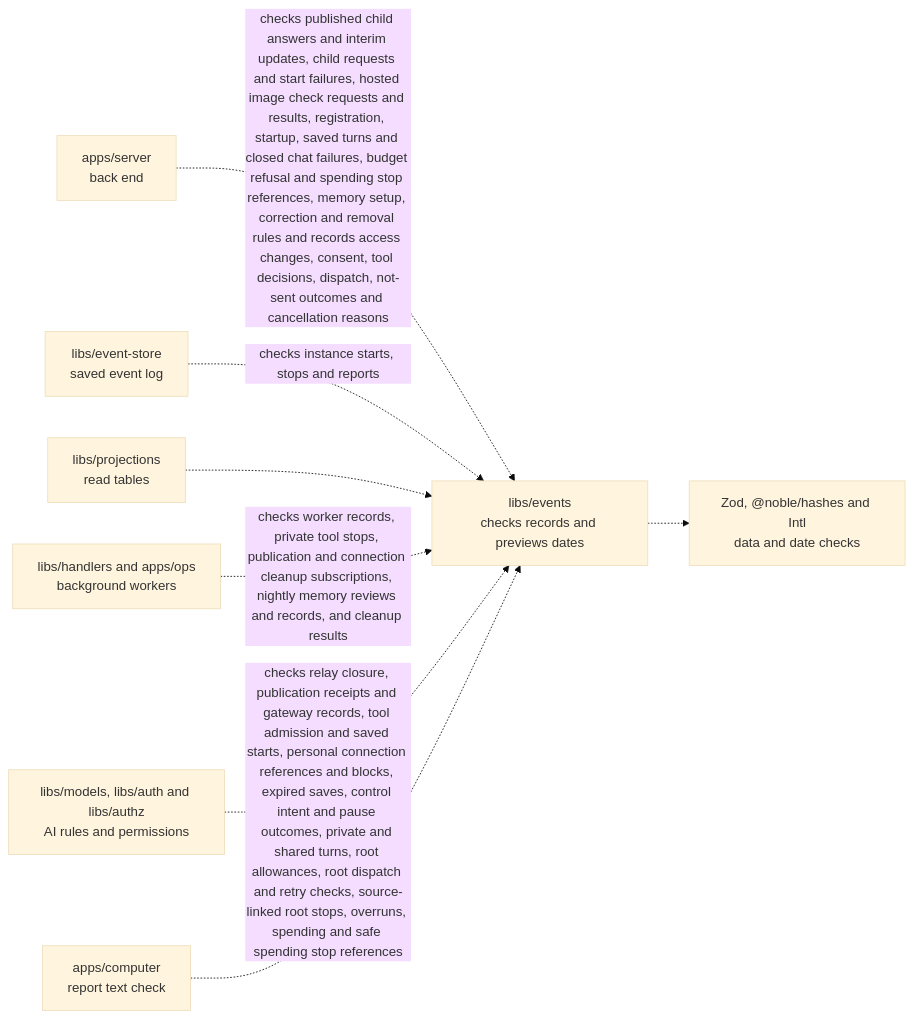
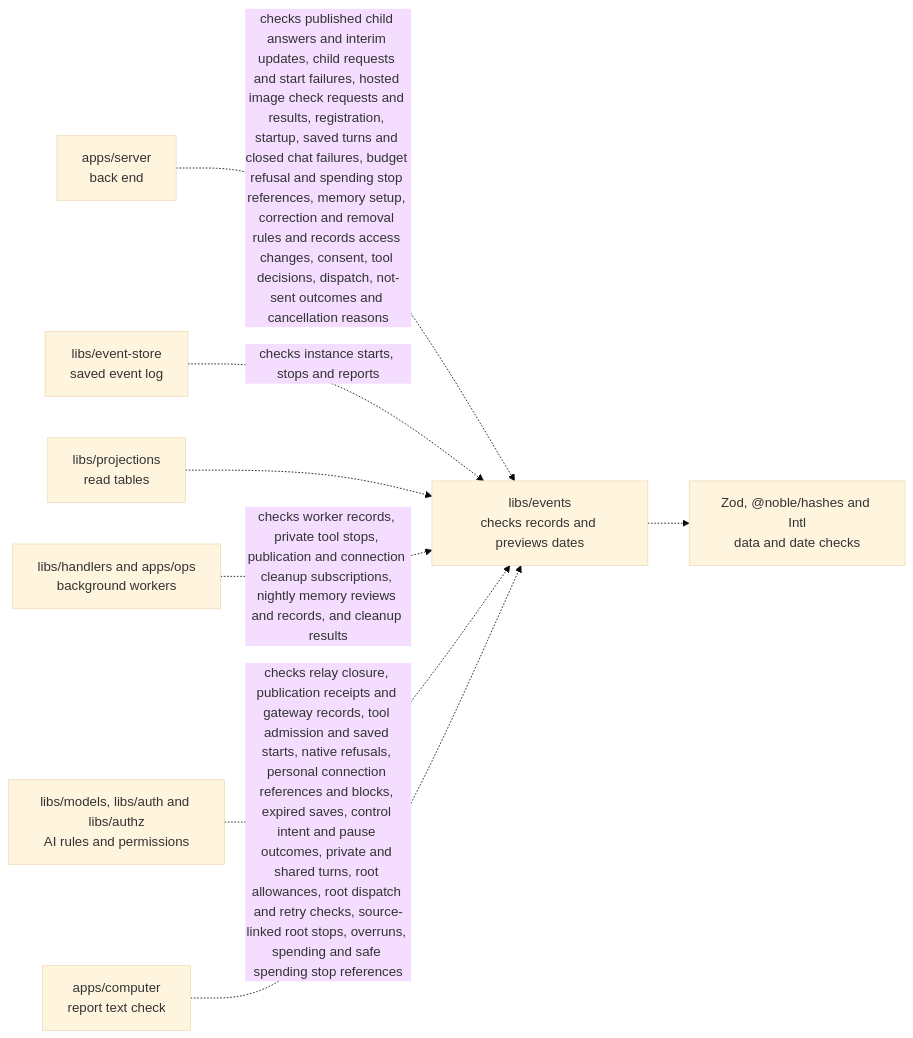
Before and after one commit to elewa-git/opencrane-new: the diagram in libs/events/README.md, drawn with Mermaid (base theme). The commit also changed other lines of this file and 22 other files, not shown here.

Commit message:
🛂 Answer native requests once and record safe refusals

````diff
--- a/libs/events/README.md
+++ b/libs/events/README.md
@@ -27,10 +27,10 @@
 ```mermaid
 flowchart LR
   server["apps/server<br/>back end"] -.->|checks published child answers and interim updates, child requests and start failures, hosted image check requests and results, registration, startup, saved turns and closed chat failures, budget refusal and spending stop references, memory setup, correction and removal rules and records access changes, consent, tool decisions, dispatch, not-sent outcomes and cancellation reasons| events["libs/events<br/>checks records and previews dates"]
   store["libs/event-store<br/>saved event log"] -.->|checks instance starts, stops and reports| events
   projections["libs/projections<br/>read tables"] -.-> events
   workers["libs/handlers and apps/ops<br/>background workers"] -.->|checks worker records, private tool stops, publication and connection cleanup subscriptions, nightly memory reviews and records, and cleanup results| events
-  others["libs/models, libs/auth and libs/authz<br/>AI rules and permissions"] -.->|checks relay closure, publication receipts and gateway records, tool admission and saved starts, personal connection references and blocks, expired saves, control intent and pause outcomes, private and shared turns, root allowances, root dispatch and retry checks, source-linked root stops, overruns, spending and safe spending stop references| events
+  others["libs/models, libs/auth and libs/authz<br/>AI rules and permissions"] -.->|checks relay closure, publication receipts and gateway records, tool admission and saved starts, native refusals, personal connection references and blocks, expired saves, control intent and pause outcomes, private and shared turns, root allowances, root dispatch and retry checks, source-linked root stops, overruns, spending and safe spending stop references| events
   computer["apps/computer<br/>report text check"] -.-> events
   events -.-> checks["Zod, @noble/hashes and Intl<br/>data and date checks"]
 ```
````
